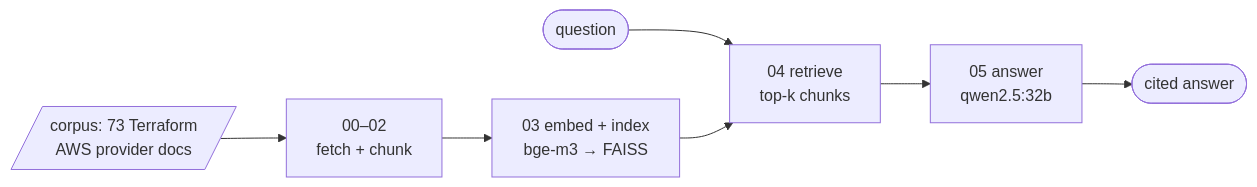
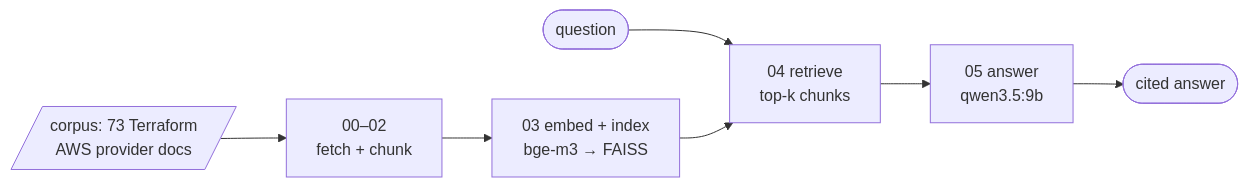
The diagram in README.md (Lizhen-P/rag-project), drawn with Mermaid before and after one commit. The commit also changed other lines of this file, not shown here.

Commit message:
Update README: local pipeline complete, qwen3.5/gpt-oss lineup

````diff
--- a/README.md
+++ b/README.md
@@ -22,9 +22,9 @@
 ```mermaid
 flowchart LR
     A[/"corpus: 73 Terraform<br>AWS provider docs"/] --> B["00–02<br>fetch + chunk"]
     B --> C["03 embed + index<br>bge-m3 → FAISS"]
     Q(["question"]) --> D["04 retrieve<br>top-k chunks"]
     C --> D
-    D --> E["05 answer<br>qwen2.5:32b"]
+    D --> E["05 answer<br>qwen3.5:9b"]
     E --> F(["cited answer"])
 ```
````
